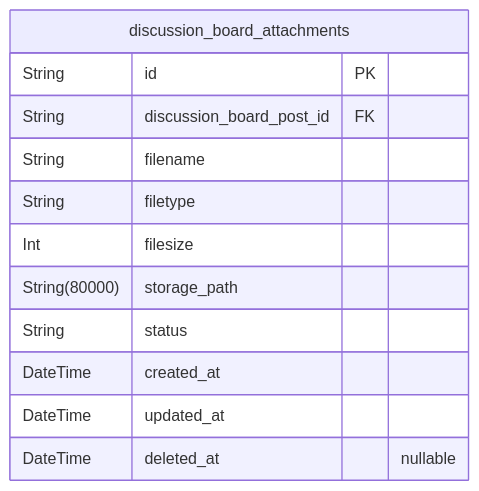
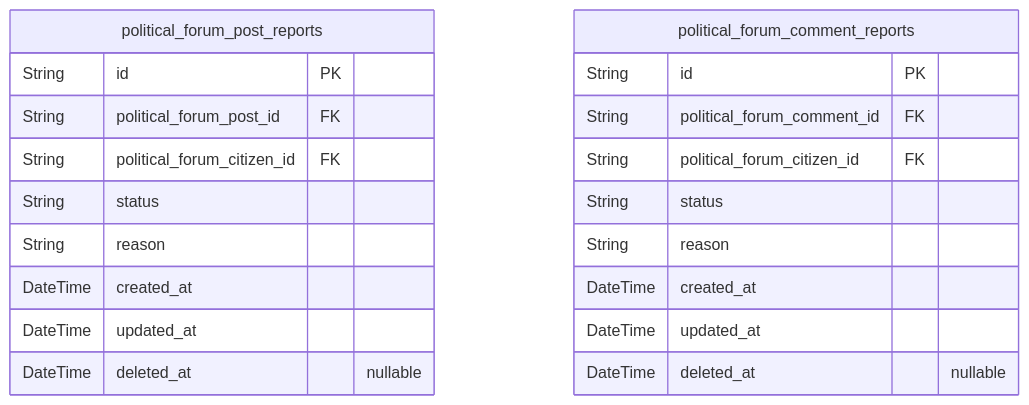
One commit to wrtnlabs/autobe-examples changed the sixth of 10 diagrams in qwen/qwen3-next-80b-a3b-instruct/bbs/docs/ERD.md. Above: the diagram before and after it, drawn with Mermaid. The commit also changed other lines of this file and 960 other files, not shown here.

````diff
--- a/qwen/qwen3-next-80b-a3b-instruct/bbs/docs/ERD.md
+++ b/qwen/qwen3-next-80b-a3b-instruct/bbs/docs/ERD.md
@@ -314,15 +523,23 @@
 ```mermaid
 erDiagram
-"discussion_board_attachments" {
+"political_forum_post_reports" {
   String id PK
-  String discussion_board_post_id FK
-  String filename
-  String filetype
-  Int filesize
-  String(80000) storage_path
+  String political_forum_post_id FK
+  String political_forum_citizen_id FK
   String status
+  String reason
+  DateTime created_at
+  DateTime updated_at
+  DateTime deleted_at "nullable"
+}
+"political_forum_comment_reports" {
+  String id PK
+  String political_forum_comment_id FK
+  String political_forum_citizen_id FK
+  String status
+  String reason
   DateTime created_at
   DateTime updated_at
   DateTime deleted_at "nullable"
 }
 ```
````
